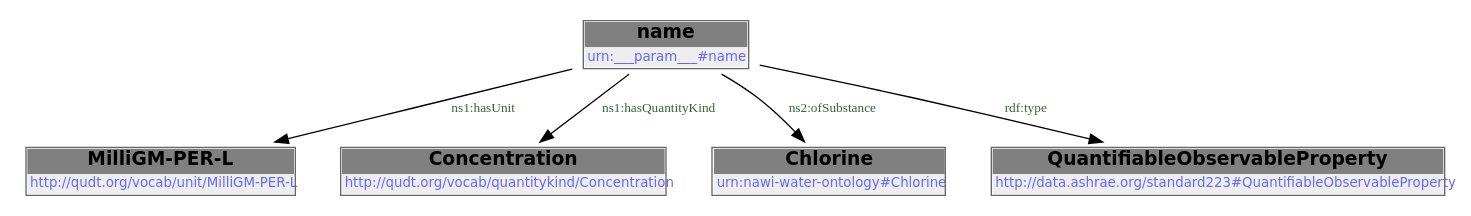
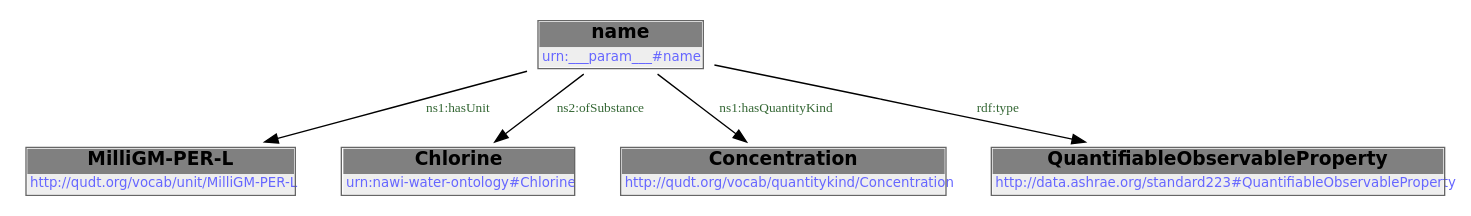
One commit to DataDrivenCPS/water-ontology changed the second of 2 diagrams in docs/libraries/templates/cl2-mgL.rst. Above: the diagram before and after it, drawn with Graphviz. The commit also changed other lines of this file and 33 other files, not shown here.

```diff
--- a/docs/libraries/templates/cl2-mgL.rst
+++ b/docs/libraries/templates/cl2-mgL.rst
@@ -81,14 +81,14 @@
         .. graphviz::
 
                 digraph G {
             node [fontname="DejaVu Sans"];
             node0 -> node1 [color=BLACK, label=< <font point-size='10' color='#336633'>ns1:hasUnit</font> >];
-            node0 -> node2 [color=BLACK, label=< <font point-size='10' color='#336633'>ns1:hasQuantityKind</font> >];
-            node0 -> node3 [color=BLACK, label=< <font point-size='10' color='#336633'>ns2:ofSubstance</font> >];
+            node0 -> node2 [color=BLACK, label=< <font point-size='10' color='#336633'>ns2:ofSubstance</font> >];
+            node0 -> node3 [color=BLACK, label=< <font point-size='10' color='#336633'>ns1:hasQuantityKind</font> >];
             node0 -> node4 [color=BLACK, label=< <font point-size='10' color='#336633'>rdf:type</font> >];
             node0 [shape=none, color=black, label=< <table color='#666666' cellborder='0' cellspacing='0' border='1'><tr><td colspan='2' bgcolor='grey'><B>name</B></td></tr><tr><td href='urn:___param___#name' bgcolor='#eeeeee' colspan='2'><font point-size='10' color='#6666ff'>urn:___param___#name</font></td></tr></table> >];
             node1 [shape=none, color=black, label=< <table color='#666666' cellborder='0' cellspacing='0' border='1'><tr><td colspan='2' bgcolor='grey'><B>MilliGM-PER-L</B></td></tr><tr><td href='http://qudt.org/vocab/unit/MilliGM-PER-L' bgcolor='#eeeeee' colspan='2'><font point-size='10' color='#6666ff'>http://qudt.org/vocab/unit/MilliGM-PER-L</font></td></tr></table> >];
-            node2 [shape=none, color=black, label=< <table color='#666666' cellborder='0' cellspacing='0' border='1'><tr><td colspan='2' bgcolor='grey'><B>Concentration</B></td></tr><tr><td href='http://qudt.org/vocab/quantitykind/Concentration' bgcolor='#eeeeee' colspan='2'><font point-size='10' color='#6666ff'>http://qudt.org/vocab/quantitykind/Concentration</font></td></tr></table> >];
-            node3 [shape=none, color=black, label=< <table color='#666666' cellborder='0' cellspacing='0' border='1'><tr><td colspan='2' bgcolor='grey'><B>Chlorine</B></td></tr><tr><td href='urn:nawi-water-ontology#Chlorine' bgcolor='#eeeeee' colspan='2'><font point-size='10' color='#6666ff'>urn:nawi-water-ontology#Chlorine</font></td></tr></table> >];
+            node2 [shape=none, color=black, label=< <table color='#666666' cellborder='0' cellspacing='0' border='1'><tr><td colspan='2' bgcolor='grey'><B>Chlorine</B></td></tr><tr><td href='urn:nawi-water-ontology#Chlorine' bgcolor='#eeeeee' colspan='2'><font point-size='10' color='#6666ff'>urn:nawi-water-ontology#Chlorine</font></td></tr></table> >];
+            node3 [shape=none, color=black, label=< <table color='#666666' cellborder='0' cellspacing='0' border='1'><tr><td colspan='2' bgcolor='grey'><B>Concentration</B></td></tr><tr><td href='http://qudt.org/vocab/quantitykind/Concentration' bgcolor='#eeeeee' colspan='2'><font point-size='10' color='#6666ff'>http://qudt.org/vocab/quantitykind/Concentration</font></td></tr></table> >];
             node4 [shape=none, color=black, label=< <table color='#666666' cellborder='0' cellspacing='0' border='1'><tr><td colspan='2' bgcolor='grey'><B>QuantifiableObservableProperty</B></td></tr><tr><td href='http://data.ashrae.org/standard223#QuantifiableObservableProperty' bgcolor='#eeeeee' colspan='2'><font point-size='10' color='#6666ff'>http://data.ashrae.org/standard223#QuantifiableObservableProperty</font></td></tr></table> >];
             }
```
